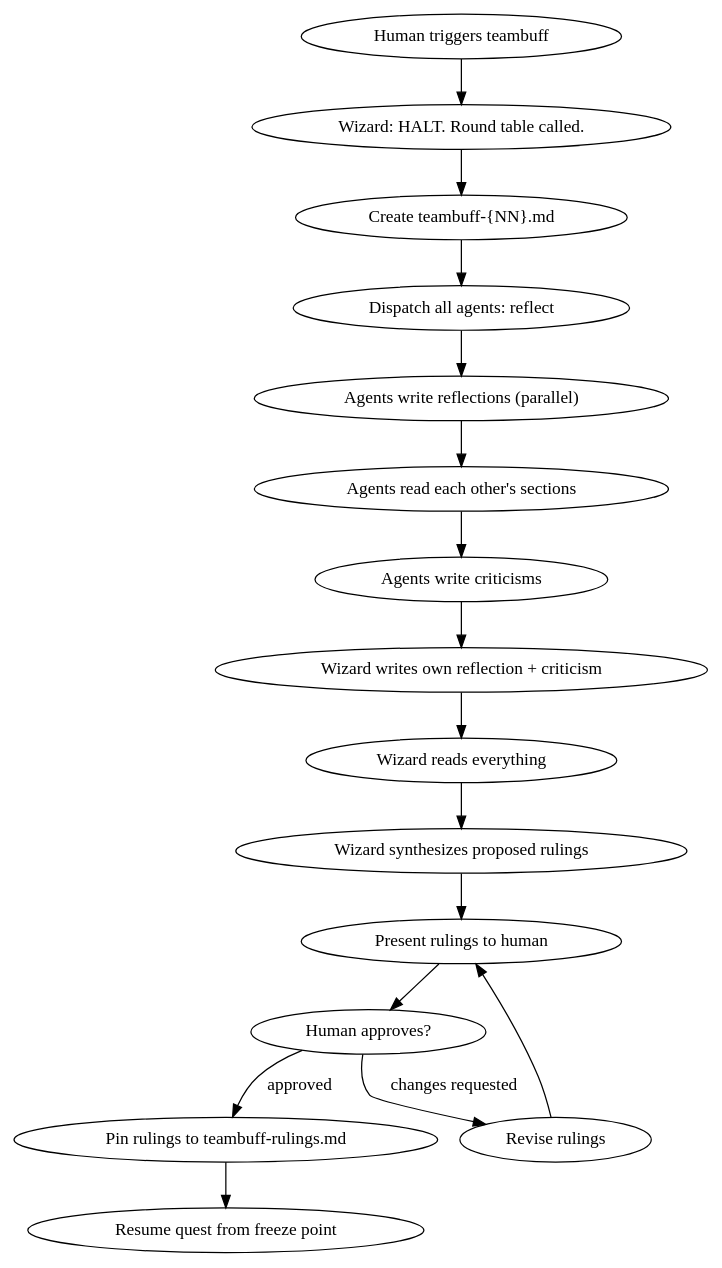
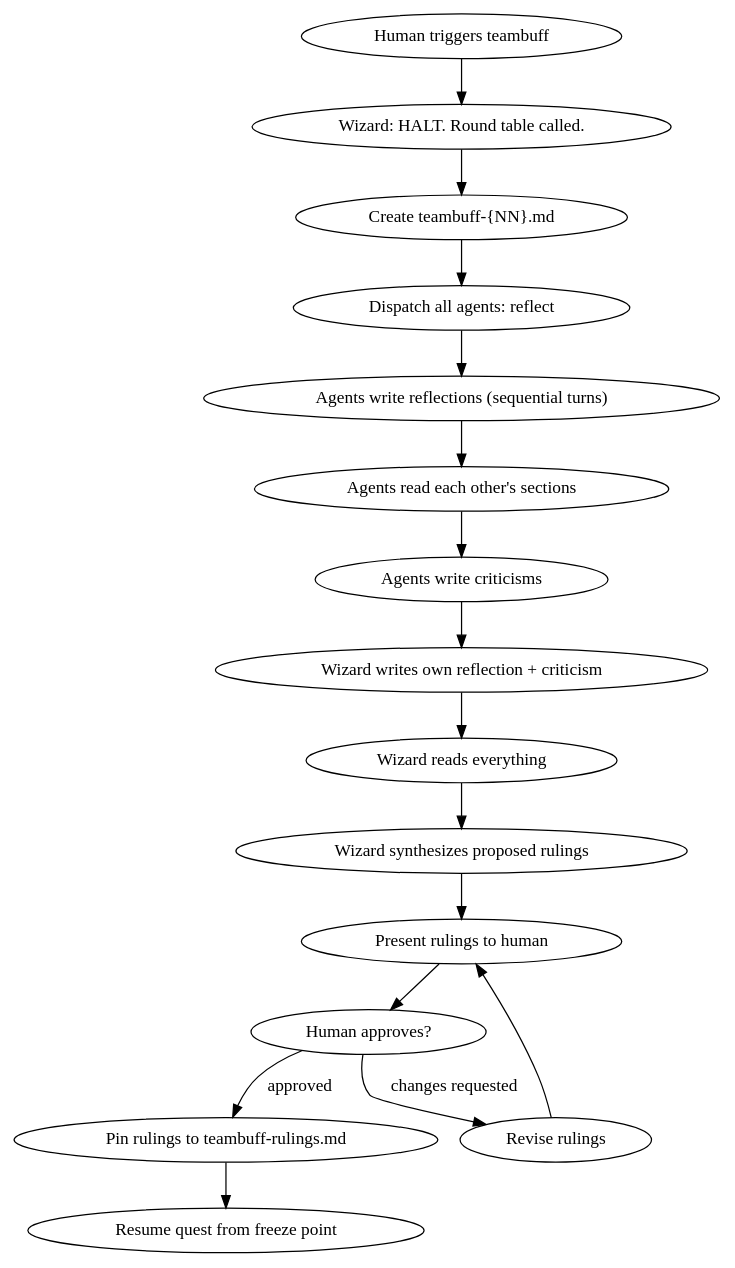
Before and after one commit to pedropicardi/claude-raid: the diagram in template/.claude/skills/raid-teambuff/SKILL.md, drawn with Graphviz. The commit also changed other lines of this file and 61 other files, not shown here.

````diff
--- a/template/.claude/skills/raid-teambuff/SKILL.md
+++ b/template/.claude/skills/raid-teambuff/SKILL.md
@@ -34,19 +26,19 @@
 ```dot
 digraph teambuff {
   "Human triggers teambuff" -> "Wizard: HALT. Round table called.";
   "Wizard: HALT. Round table called." -> "Create teambuff-{NN}.md";
   "Create teambuff-{NN}.md" -> "Dispatch all agents: reflect";
-  "Dispatch all agents: reflect" -> "Agents write reflections (parallel)";
-  "Agents write reflections (parallel)" -> "Agents read each other's sections";
+  "Dispatch all agents: reflect" -> "Agents write reflections (sequential turns)";
+  "Agents write reflections (sequential turns)" -> "Agents read each other's sections";
   "Agents read each other's sections" -> "Agents write criticisms";
   "Agents write criticisms" -> "Wizard writes own reflection + criticism";
   "Wizard writes own reflection + criticism" -> "Wizard reads everything";
   "Wizard reads everything" -> "Wizard synthesizes proposed rulings";
   "Wizard synthesizes proposed rulings" -> "Present rulings to human";
   "Present rulings to human" -> "Human approves?" [shape=diamond];
   "Human approves?" -> "Revise rulings" [label="changes requested"];
   "Revise rulings" -> "Present rulings to human";
   "Human approves?" -> "Pin rulings to teambuff-rulings.md" [label="approved"];
   "Pin rulings to teambuff-rulings.md" -> "Resume quest from freeze point" [shape=doublecircle];
 }
 ```
````
